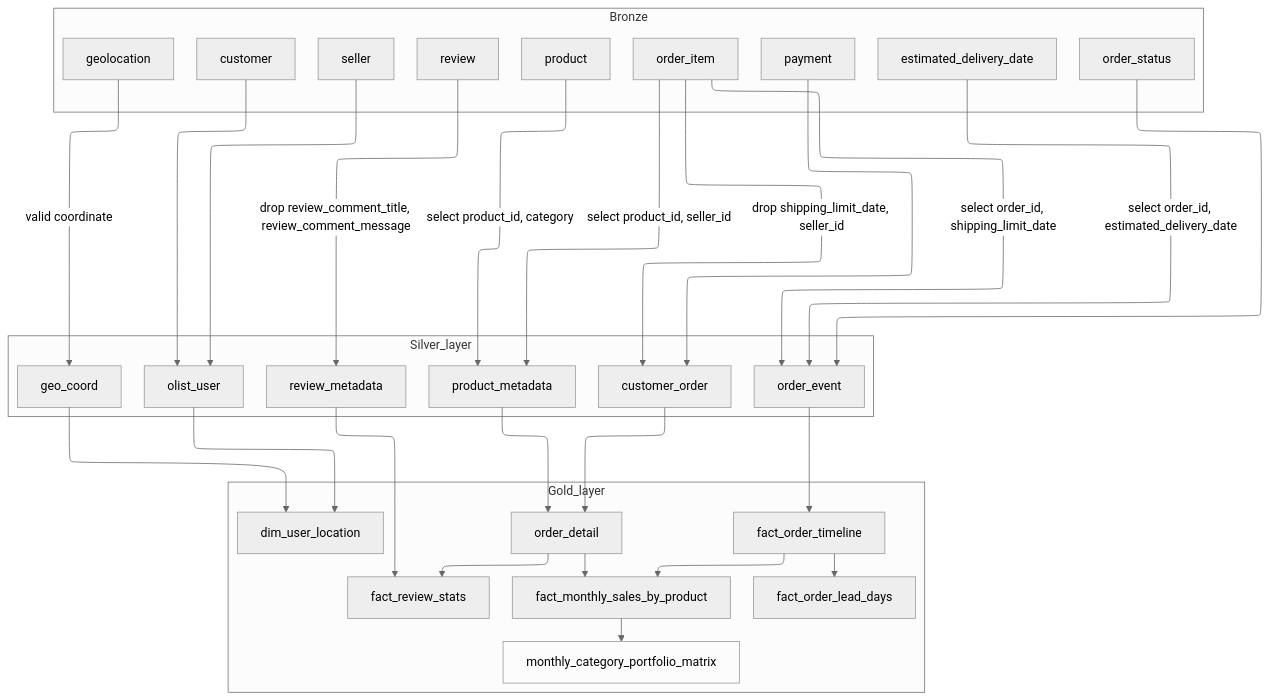
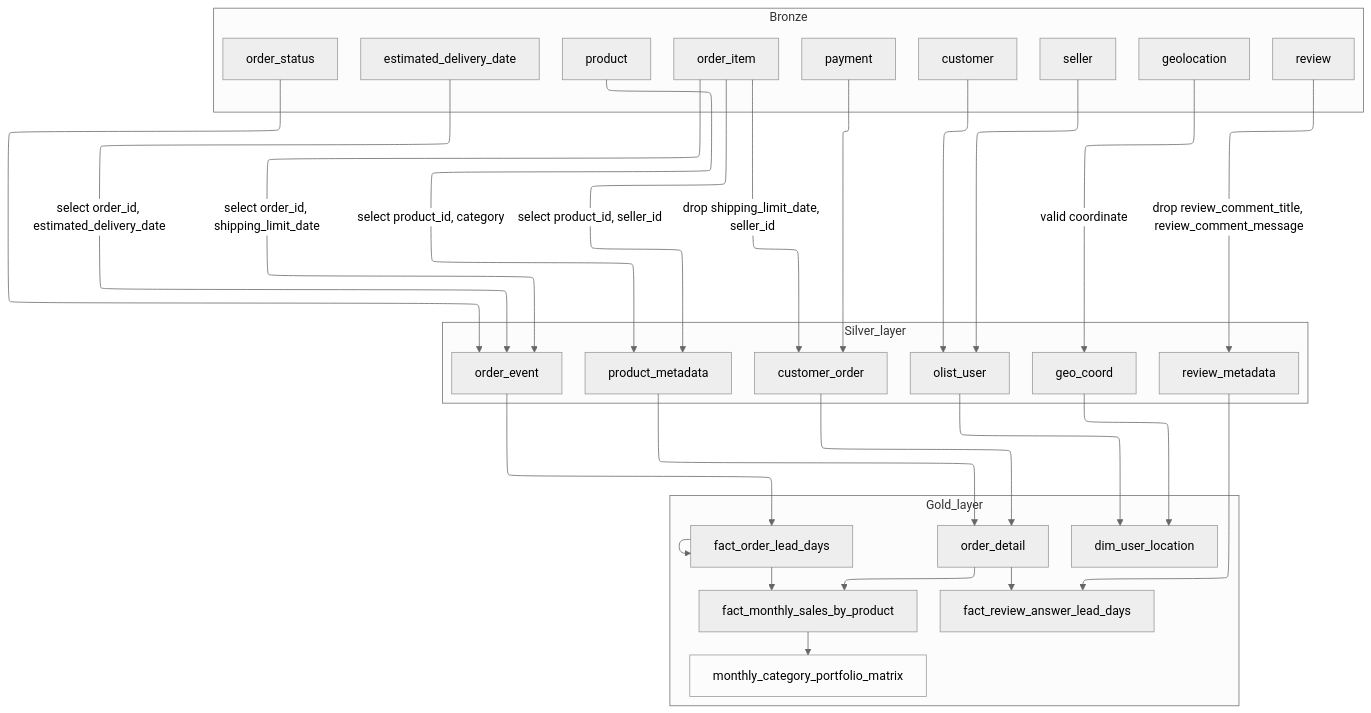
Before and after one commit to jmhwang-dev/e-commerce: the diagram in docs/pipeline.mmd, drawn with Mermaid (neutral theme). The commit also changed 13 other files, not shown here.

```diff
--- a/docs/pipeline.mmd
+++ b/docs/pipeline.mmd
@@ -1,54 +1,54 @@
 ---
 config:
   layout: elk
 ---
 flowchart TD
  subgraph Kafka_Topics["Bronze"]
         order_status["order_status"]
         order_item["order_item"]
         estimated_delivery_date["estimated_delivery_date"]
         product["product"]
         payment["payment"]
         customer["customer"]
         seller["seller"]
         geolocation["geolocation"]
         review["review"]
   end
  subgraph Silver_layer["Silver_layer"]
         order_event["order_event"]
         customer_order["customer_order"]
         product_metadata["product_metadata"]
         olist_user["olist_user"]
         geo_coord["geo_coord"]
         review_metadata["review_metadata"]
   end
  subgraph Gold_layer["Gold_layer"]
-        fact_order_timeline["fact_order_timeline"]
+        fact_order_lead_days["fact_order_lead_days"]
         order_detail["order_detail"]
         dim_user_location["dim_user_location"]
         fact_monthly_sales_by_product["fact_monthly_sales_by_product"]
         monthly_category_portfolio_matrix["monthly_category_portfolio_matrix"]
-        fact_review_stats["fact_review_stats"]
+        fact_review_answer_lead_days["fact_review_answer_lead_days"]
         fact_order_lead_days["fact_order_lead_days"]
   end
     order_status --> order_event
     order_item -- drop shipping_limit_date, seller_id --> customer_order
     order_item -- select order_id, shipping_limit_date --> order_event
     estimated_delivery_date -- select order_id, estimated_delivery_date --> order_event
     product -- select product_id, category --> product_metadata
     review -- drop review_comment_title, review_comment_message --> review_metadata
-    review_metadata --> fact_review_stats
-    order_event --> fact_order_timeline
+    review_metadata --> fact_review_answer_lead_days
+    order_event --> fact_order_lead_days
     order_item -- select product_id, seller_id --> product_metadata
     payment --> customer_order
     product_metadata --> order_detail
     customer_order --> order_detail
-    fact_order_timeline --> fact_order_lead_days & fact_monthly_sales_by_product
+    fact_order_lead_days --> fact_order_lead_days & fact_monthly_sales_by_product
     olist_user --> dim_user_location
     geo_coord --> dim_user_location
     seller --> olist_user
     customer --> olist_user
     geolocation -- valid coordinate --> geo_coord
     fact_monthly_sales_by_product --> monthly_category_portfolio_matrix
-    order_detail --> fact_monthly_sales_by_product & fact_review_stats
+    order_detail --> fact_monthly_sales_by_product & fact_review_answer_lead_days
     style monthly_category_portfolio_matrix fill:transparent
```
